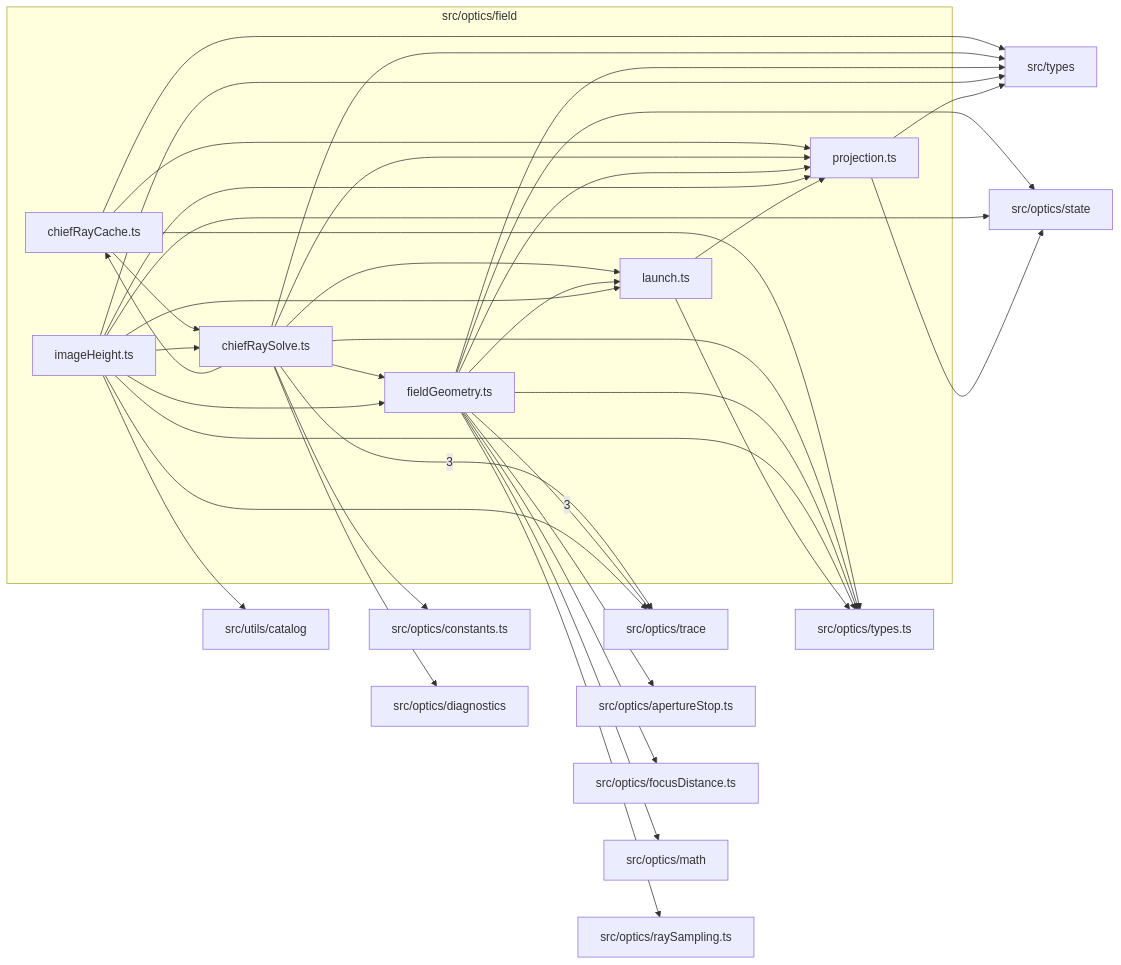
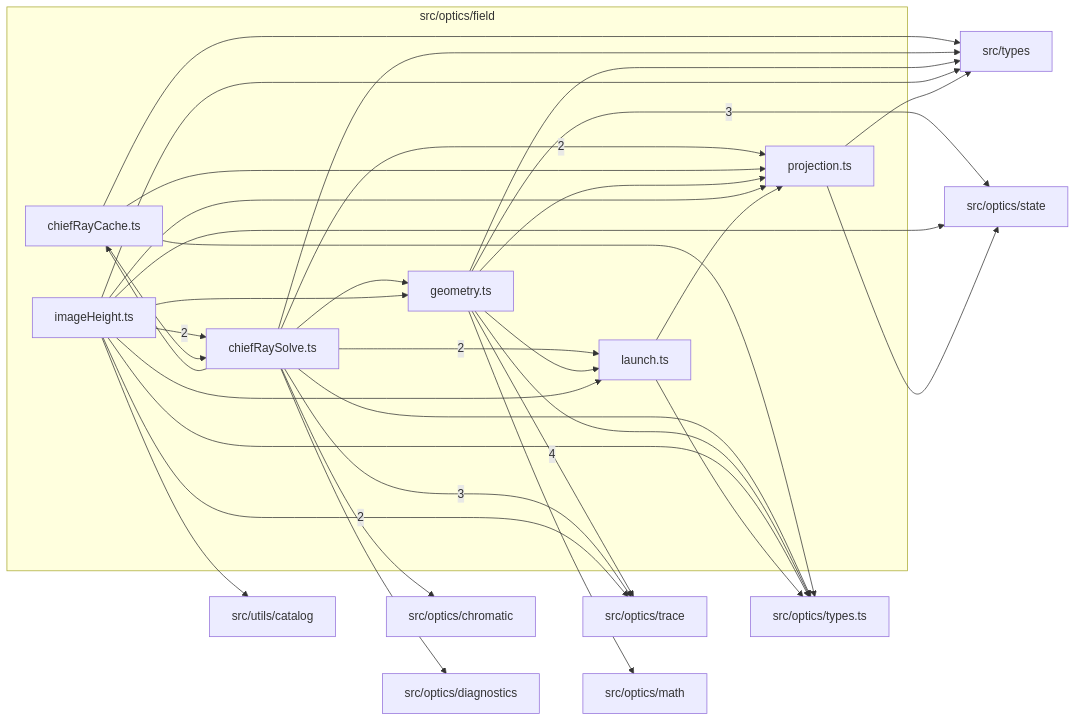
The diagram in src/optics/field/readme.md (BeamFour/LensVisualizer), drawn with Mermaid before and after one commit. The commit also changed other lines of this file and 439 other files, not shown here.

````diff
--- a/src/optics/field/readme.md
+++ b/src/optics/field/readme.md
@@ -9,58 +9,52 @@
 ```mermaid
 flowchart LR
   subgraph n_src_optics_field["src/optics/field"]
     n_src_optics_field_src_optics_field_chiefRayCache_ts["chiefRayCache.ts"]
     n_src_optics_field_src_optics_field_chiefRaySolve_ts["chiefRaySolve.ts"]
-    n_src_optics_field_src_optics_field_fieldGeometry_ts["fieldGeometry.ts"]
+    n_src_optics_field_src_optics_field_geometry_ts["geometry.ts"]
     n_src_optics_field_src_optics_field_imageHeight_ts["imageHeight.ts"]
     n_src_optics_field_src_optics_field_launch_ts["launch.ts"]
     n_src_optics_field_src_optics_field_projection_ts["projection.ts"]
   end
   n_external_src_optics_trace["src/optics/trace"]
-  n_external_src_optics_apertureStop_ts["src/optics/apertureStop.ts"]
-  n_external_src_optics_constants_ts["src/optics/constants.ts"]
+  n_external_src_optics_state["src/optics/state"]
+  n_external_src_optics_chromatic["src/optics/chromatic"]
   n_external_src_optics_diagnostics["src/optics/diagnostics"]
-  n_external_src_optics_focusDistance_ts["src/optics/focusDistance.ts"]
   n_external_src_optics_math["src/optics/math"]
-  n_external_src_optics_raySampling_ts["src/optics/raySampling.ts"]
-  n_external_src_optics_state["src/optics/state"]
   n_external_src_optics_types_ts["src/optics/types.ts"]
   n_external_src_types["src/types"]
   n_external_src_utils_catalog["src/utils/catalog"]
+  n_src_optics_field_src_optics_field_geometry_ts --> |4| n_external_src_optics_trace
+  n_src_optics_field_src_optics_field_geometry_ts --> |3| n_external_src_optics_state
   n_src_optics_field_src_optics_field_chiefRaySolve_ts --> |3| n_external_src_optics_trace
-  n_src_optics_field_src_optics_field_fieldGeometry_ts --> |3| n_external_src_optics_trace
-  n_src_optics_field_src_optics_field_fieldGeometry_ts --> n_external_src_optics_apertureStop_ts
-  n_src_optics_field_src_optics_field_chiefRaySolve_ts --> n_external_src_optics_constants_ts
+  n_src_optics_field_src_optics_field_imageHeight_ts --> |2| n_external_src_optics_trace
+  n_src_optics_field_src_optics_field_imageHeight_ts --> |2| n_src_optics_field_src_optics_field_chiefRaySolve_ts
+  n_src_optics_field_src_optics_field_chiefRaySolve_ts --> |2| n_src_optics_field_src_optics_field_launch_ts
+  n_src_optics_field_src_optics_field_chiefRaySolve_ts --> |2| n_src_optics_field_src_optics_field_projection_ts
+  n_src_optics_field_src_optics_field_chiefRaySolve_ts --> n_external_src_optics_chromatic
   n_src_optics_field_src_optics_field_chiefRaySolve_ts --> n_external_src_optics_diagnostics
-  n_src_optics_field_src_optics_field_fieldGeometry_ts --> n_external_src_optics_focusDistance_ts
-  n_src_optics_field_src_optics_field_fieldGeometry_ts --> n_external_src_optics_math
-  n_src_optics_field_src_optics_field_fieldGeometry_ts --> n_external_src_optics_raySampling_ts
-  n_src_optics_field_src_optics_field_fieldGeometry_ts --> n_external_src_optics_state
+  n_src_optics_field_src_optics_field_geometry_ts --> n_external_src_optics_math
   n_src_optics_field_src_optics_field_imageHeight_ts --> n_external_src_optics_state
   n_src_optics_field_src_optics_field_projection_ts --> n_external_src_optics_state
-  n_src_optics_field_src_optics_field_imageHeight_ts --> n_external_src_optics_trace
   n_src_optics_field_src_optics_field_chiefRayCache_ts --> n_external_src_optics_types_ts
   n_src_optics_field_src_optics_field_chiefRaySolve_ts --> n_external_src_optics_types_ts
-  n_src_optics_field_src_optics_field_fieldGeometry_ts --> n_external_src_optics_types_ts
+  n_src_optics_field_src_optics_field_geometry_ts --> n_external_src_optics_types_ts
   n_src_optics_field_src_optics_field_imageHeight_ts --> n_external_src_optics_types_ts
   n_src_optics_field_src_optics_field_launch_ts --> n_external_src_optics_types_ts
   n_src_optics_field_src_optics_field_chiefRayCache_ts --> n_external_src_types
   n_src_optics_field_src_optics_field_chiefRaySolve_ts --> n_external_src_types
-  n_src_optics_field_src_optics_field_fieldGeometry_ts --> n_external_src_types
+  n_src_optics_field_src_optics_field_geometry_ts --> n_external_src_types
   n_src_optics_field_src_optics_field_imageHeight_ts --> n_external_src_types
   n_src_optics_field_src_optics_field_projection_ts --> n_external_src_types
   n_src_optics_field_src_optics_field_imageHeight_ts --> n_external_src_utils_catalog
   n_src_optics_field_src_optics_field_chiefRaySolve_ts --> n_src_optics_field_src_optics_field_chiefRayCache_ts
   n_src_optics_field_src_optics_field_chiefRayCache_ts --> n_src_optics_field_src_optics_field_chiefRaySolve_ts
-  n_src_optics_field_src_optics_field_imageHeight_ts --> n_src_optics_field_src_optics_field_chiefRaySolve_ts
-  n_src_optics_field_src_optics_field_chiefRaySolve_ts --> n_src_optics_field_src_optics_field_fieldGeometry_ts
-  n_src_optics_field_src_optics_field_imageHeight_ts --> n_src_optics_field_src_optics_field_fieldGeometry_ts
-  n_src_optics_field_src_optics_field_chiefRaySolve_ts --> n_src_optics_field_src_optics_field_launch_ts
-  n_src_optics_field_src_optics_field_fieldGeometry_ts --> n_src_optics_field_src_optics_field_launch_ts
+  n_src_optics_field_src_optics_field_chiefRaySolve_ts --> n_src_optics_field_src_optics_field_geometry_ts
+  n_src_optics_field_src_optics_field_imageHeight_ts --> n_src_optics_field_src_optics_field_geometry_ts
+  n_src_optics_field_src_optics_field_geometry_ts --> n_src_optics_field_src_optics_field_launch_ts
   n_src_optics_field_src_optics_field_imageHeight_ts --> n_src_optics_field_src_optics_field_launch_ts
   n_src_optics_field_src_optics_field_chiefRayCache_ts --> n_src_optics_field_src_optics_field_projection_ts
-  n_src_optics_field_src_optics_field_chiefRaySolve_ts --> n_src_optics_field_src_optics_field_projection_ts
-  n_src_optics_field_src_optics_field_fieldGeometry_ts --> n_src_optics_field_src_optics_field_projection_ts
+  n_src_optics_field_src_optics_field_geometry_ts --> n_src_optics_field_src_optics_field_projection_ts
   n_src_optics_field_src_optics_field_imageHeight_ts --> n_src_optics_field_src_optics_field_projection_ts
   n_src_optics_field_src_optics_field_launch_ts --> n_src_optics_field_src_optics_field_projection_ts
 ```
````
